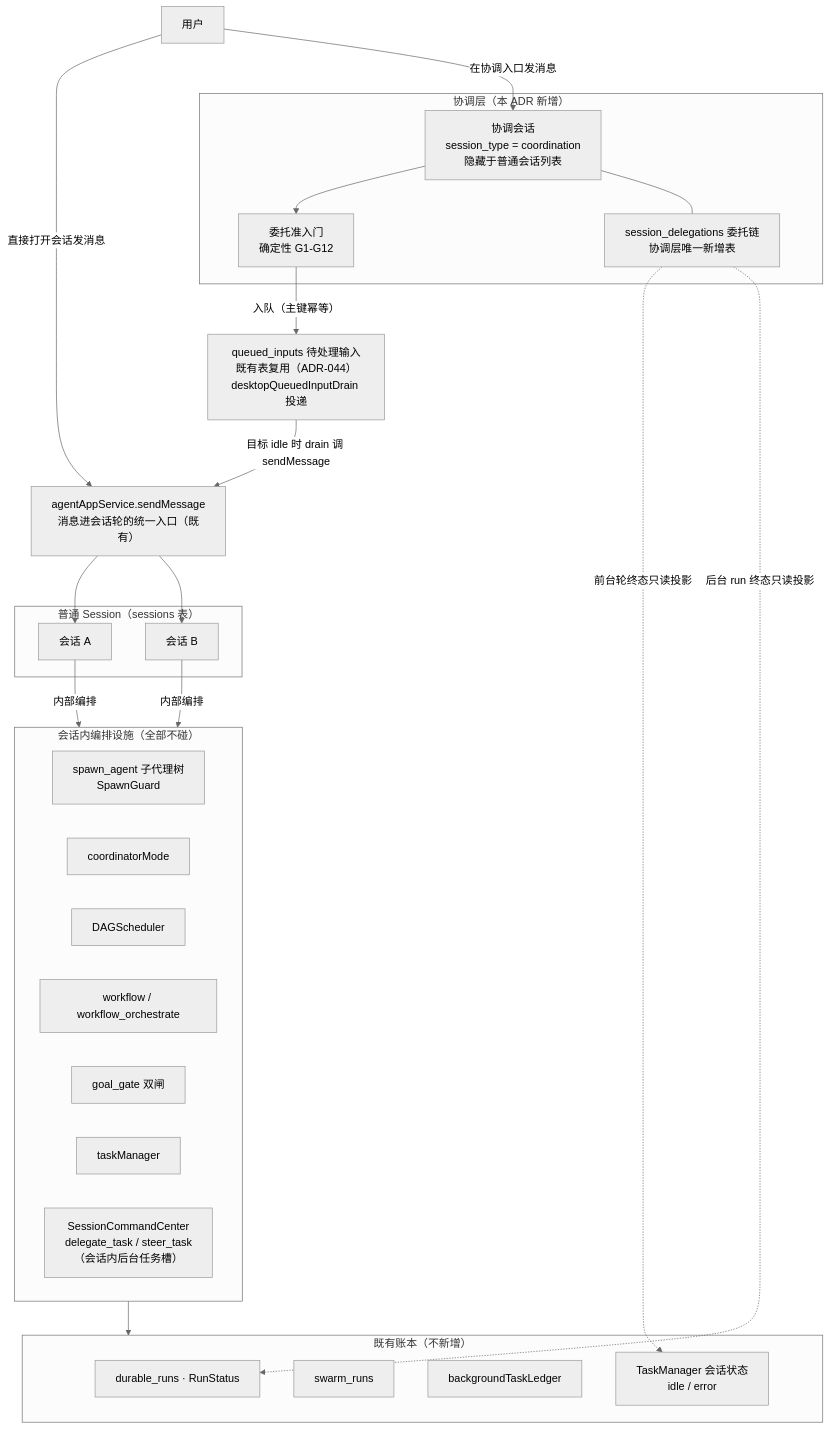
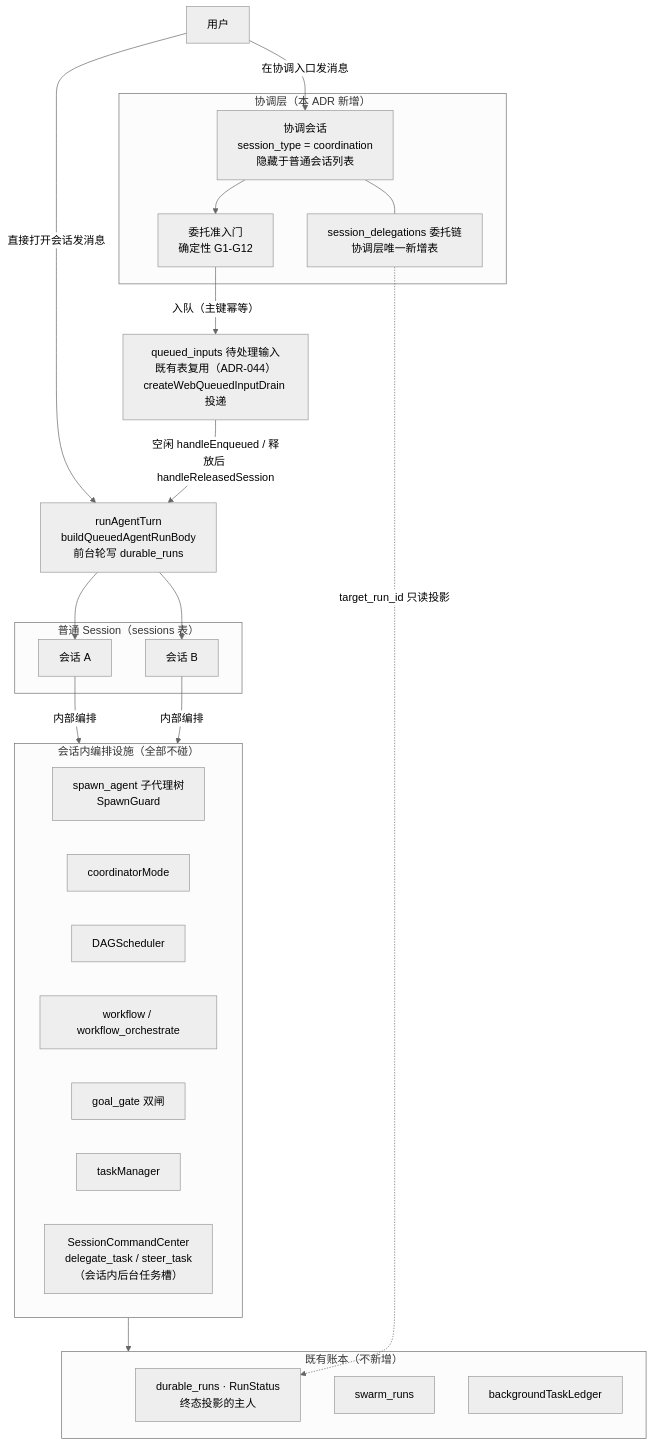
One commit to baochipham942-eng/code-agent changed the third of 3 diagrams in docs/architecture/decisions/ADR-072-cross-session-coordination.md. Above: the diagram before and after it, drawn with Mermaid (neutral theme). The commit also changed other lines of this file, not shown here.

Commit message:
docs(adr): ADR-072 R2 — real queued-input drain owner, delegation authority + recheck-at-delivery, durable_runs projection restored (N-WORKHUB-ADR)

````diff
--- a/docs/architecture/decisions/ADR-072-cross-session-coordination.md
+++ b/docs/architecture/decisions/ADR-072-cross-session-coordination.md
@@ -122,48 +125,46 @@
 ```mermaid
 flowchart TB
     U[用户]
 
     subgraph COORD["协调层（本 ADR 新增）"]
         CS[协调会话<br>session_type = coordination<br>隐藏于普通会话列表]
         GATE[委托准入门<br>确定性 G1-G12]
         DG[session_delegations 委托链<br>协调层唯一新增表]
     end
 
-    QI[queued_inputs 待处理输入<br>既有表复用（ADR-044）<br>desktopQueuedInputDrain 投递]
-    SEND[agentAppService.sendMessage<br>消息进会话轮的统一入口（既有）]
+    QI[queued_inputs 待处理输入<br>既有表复用（ADR-044）<br>createWebQueuedInputDrain 投递]
+    RUN[runAgentTurn<br>buildQueuedAgentRunBody<br>前台轮写 durable_runs]
 
     subgraph SESSIONS["普通 Session（sessions 表）"]
         SA[会话 A]
         SB[会话 B]
     end
 
     subgraph INSESSION["会话内编排设施（全部不碰）"]
         SP[spawn_agent 子代理树<br>SpawnGuard]
         CM[coordinatorMode]
         DAG[DAGScheduler]
         WF[workflow / workflow_orchestrate]
         GG[goal_gate 双闸]
         TM[taskManager]
         SCC[SessionCommandCenter<br>delegate_task / steer_task<br>（会话内后台任务槽）]
     end
 
     subgraph LEDGER["既有账本（不新增）"]
-        DR[durable_runs · RunStatus]
+        DR[durable_runs · RunStatus<br>终态投影的主人]
         SR[swarm_runs]
         BL[backgroundTaskLedger]
-        TP[TaskManager 会话状态<br>idle / error]
     end
 
-    U -->|直接打开会话发消息| SEND
+    U -->|直接打开会话发消息| RUN
     U -->|在协调入口发消息| CS
     CS --> GATE
     GATE -->|入队（主键幂等）| QI
-    QI -->|目标 idle 时 drain 调 sendMessage| SEND
+    QI -->|空闲 handleEnqueued / 释放后 handleReleasedSession| RUN
     CS --- DG
-    DG -.->|前台轮终态只读投影| TP
-    DG -.->|后台 run 终态只读投影| DR
-    SEND --> SA
-    SEND --> SB
+    DG -.->|target_run_id 只读投影| DR
+    RUN --> SA
+    RUN --> SB
     SA & SB -->|内部编排| INSESSION
     INSESSION --> LEDGER
 ```
````
